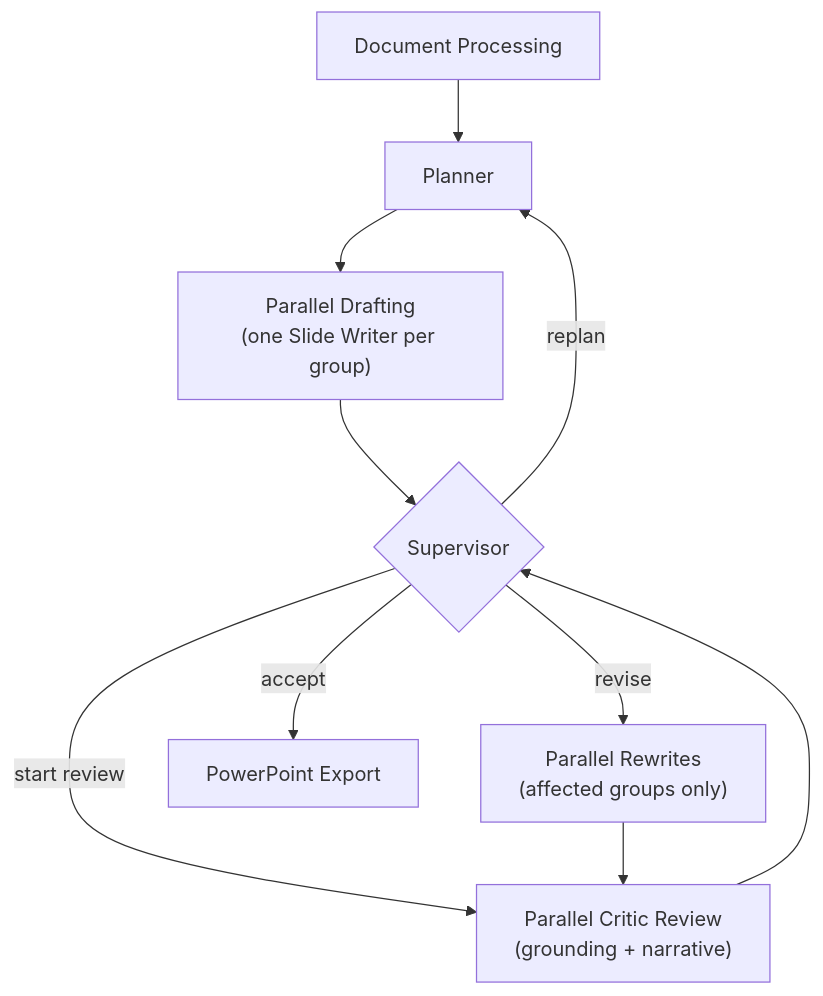
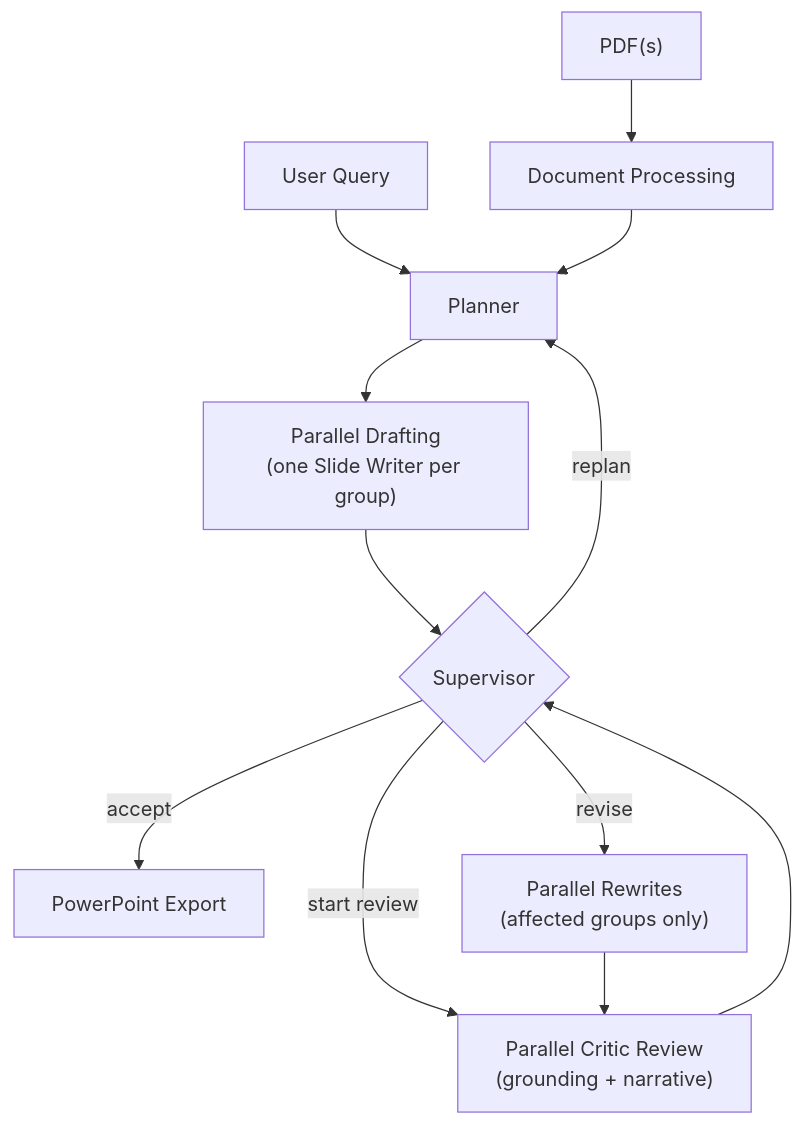
The diagram in README.md (SR1000000/Multi-agent-Research-Synthesis), drawn with Mermaid before and after one commit.

Commit message:
updated mermaid diagram in README.md

````diff
--- a/README.md
+++ b/README.md
@@ -174,12 +174,15 @@
 ```mermaid
 flowchart TD
-    preprocess[Document Processing] --> planner[Planner]
+    query[User Query] --> planner[Planner]
+    pdf["PDF(s)"] --> preprocess[Document Processing]
+    preprocess --> planner
     planner --> drafting["Parallel Drafting\n(one Slide Writer per group)"]
     drafting --> supervisor{Supervisor}
     supervisor -->|"start review"| critic["Parallel Critic Review\n(grounding + narrative)"]
     critic --> supervisor
+    supervisor -->|accept| export[PowerPoint Export]
     supervisor -->|revise| rewrite["Parallel Rewrites\n(affected groups only)"]
     rewrite --> critic
     supervisor -->|replan| planner
-    supervisor -->|accept| export[PowerPoint Export]
+
 ```
````
